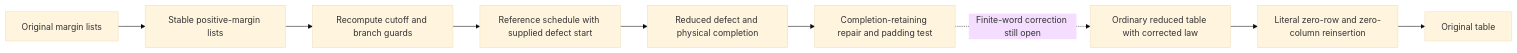
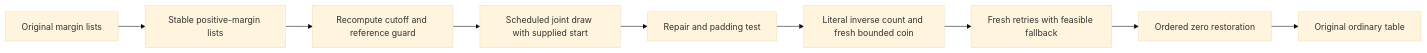
Before and after one commit to EcoDataLab/contingency-tables: the diagram in docs/zero-margin-preprocessing.md, drawn with Mermaid (base theme). The commit also changed other lines of this file and 167 other files, not shown here.

Commit message:
Connect bounded repair correction to restored table laws

````diff
--- a/docs/zero-margin-preprocessing.md
+++ b/docs/zero-margin-preprocessing.md
@@ -14,11 +10,11 @@
 ```mermaid
 flowchart LR
   A[Original margin lists] --> B[Stable positive-margin lists]
-  B --> C[Recompute cutoff and branch guards]
-  C --> D[Reference schedule with supplied defect start]
-  D --> E[Reduced defect and physical completion]
-  E --> R[Completion-retaining repair and padding test]
-  R -. Finite-word correction still open .-> F[Ordinary reduced table with corrected law]
-  F --> G[Literal zero-row and zero-column reinsertion]
-  G --> H[Original table]
+  B --> C[Recompute cutoff and reference guard]
+  C --> D[Scheduled joint draw with supplied start]
+  D --> E[Repair and padding test]
+  E --> F[Literal inverse count and fresh bounded coin]
+  F --> G[Fresh retries with feasible fallback]
+  G --> H[Ordered zero restoration]
+  H --> I[Original ordinary table]
 ```
````
